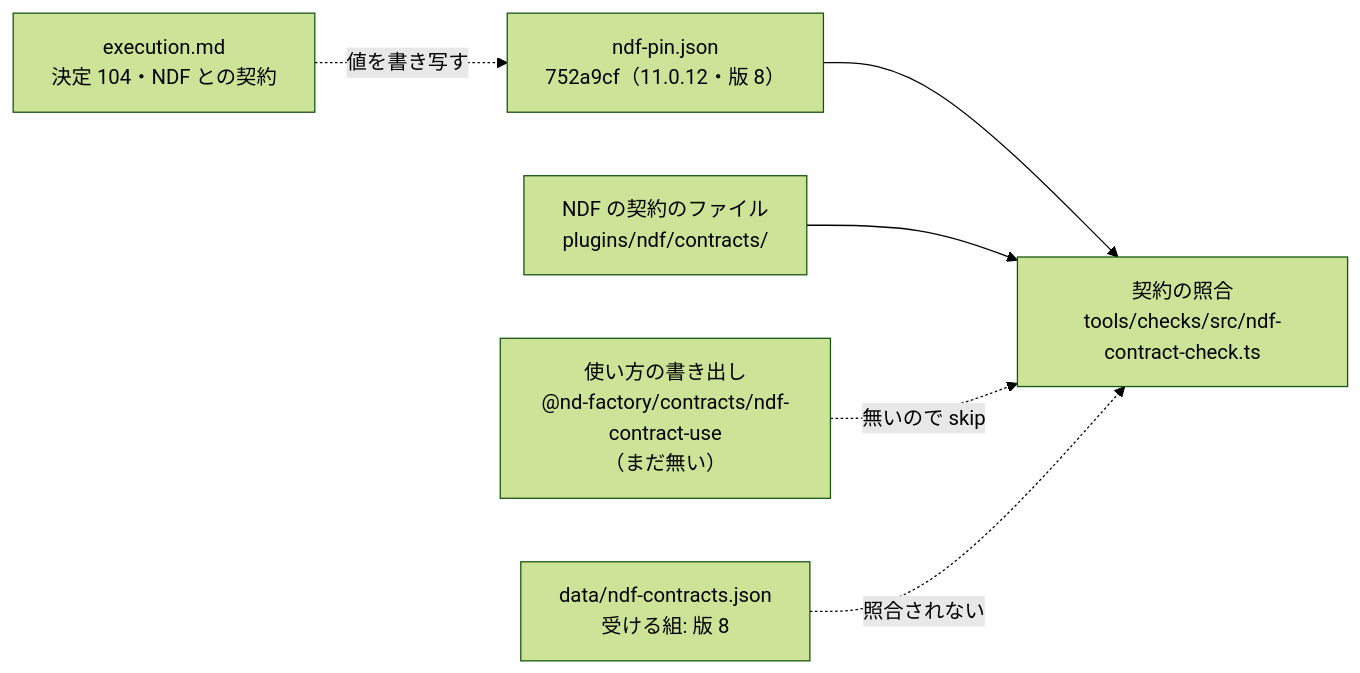
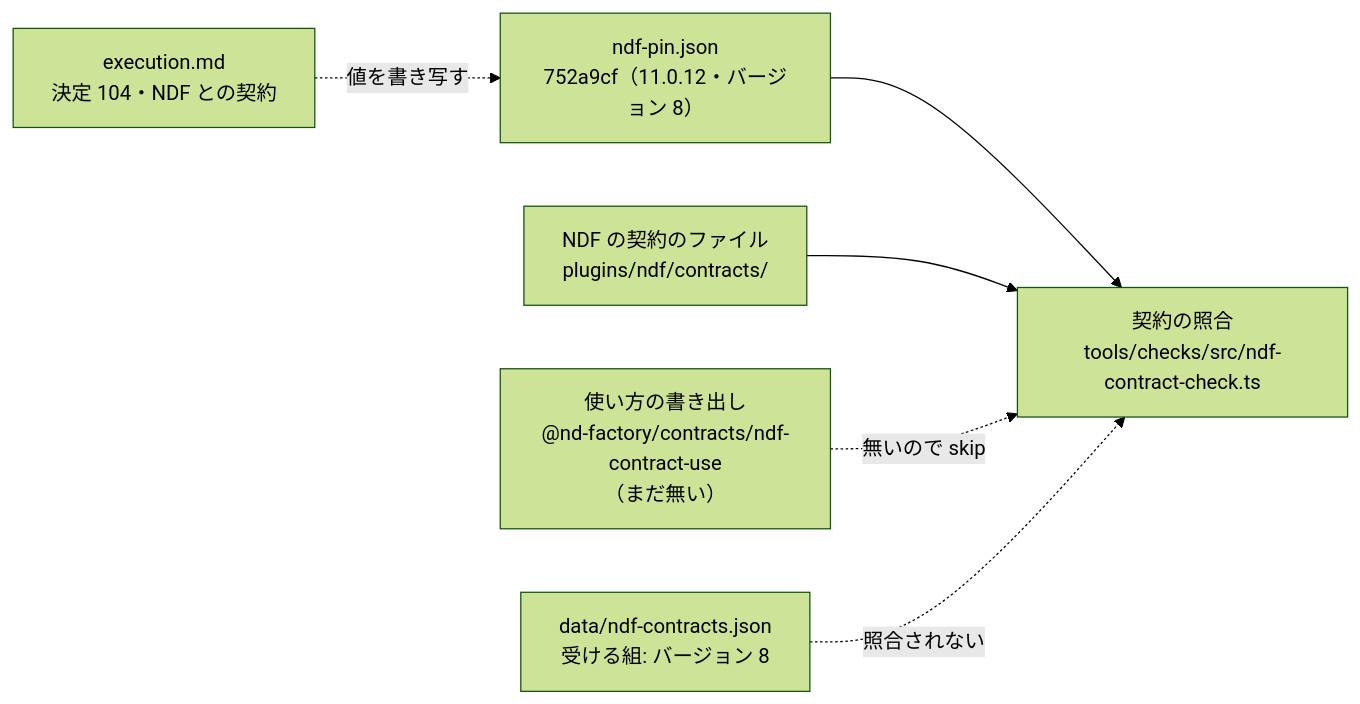
One commit to devbasex/nd-factory changed the first of 2 diagrams in issues/issue-136-design.md. Above: the diagram before and after it, drawn with Mermaid (forest theme). The commit also changed other lines of this file, not shown here.

````diff
--- a/issues/issue-136-design.md
+++ b/issues/issue-136-design.md
@@ -9,14 +9,14 @@
 ```mermaid
 graph LR
-  PIN["ndf-pin.json<br/>752a9cf（11.0.12・版 8）"]
-  ACC["data/ndf-contracts.json<br/>受ける組: 版 8"]
+  PIN["ndf-pin.json<br/>752a9cf（11.0.12・バージョン 8）"]
+  ACC["data/ndf-contracts.json<br/>受ける組: バージョン 8"]
   CHK["契約の照合<br/>tools/checks/src/ndf-contract-check.ts"]
   USE["使い方の書き出し<br/>@nd-factory/contracts/ndf-contract-use<br/>（まだ無い）"]
   NDF["NDF の契約のファイル<br/>plugins/ndf/contracts/"]
   DOC["execution.md<br/>決定 104・NDF との契約"]
   PIN --> CHK
   NDF --> CHK
   USE -. 無いので skip .-> CHK
   ACC -. 照合されない .-> CHK
   DOC -. 値を書き写す .-> PIN
 ```
````
